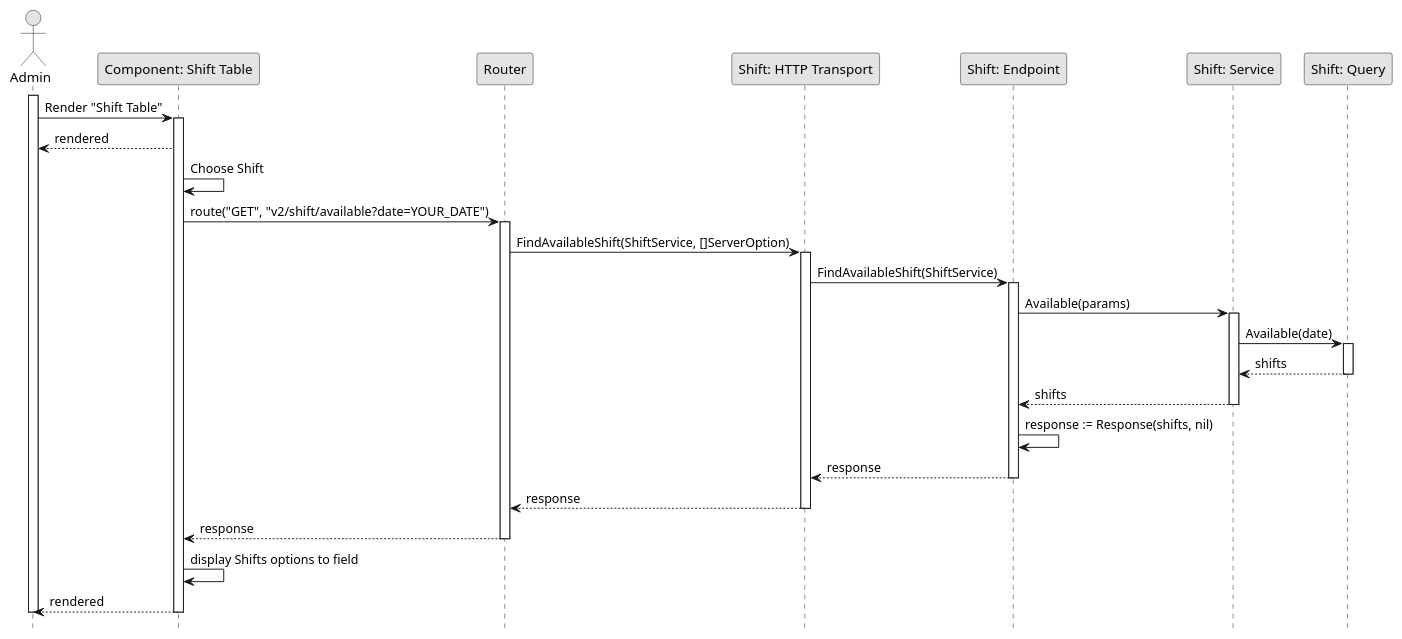
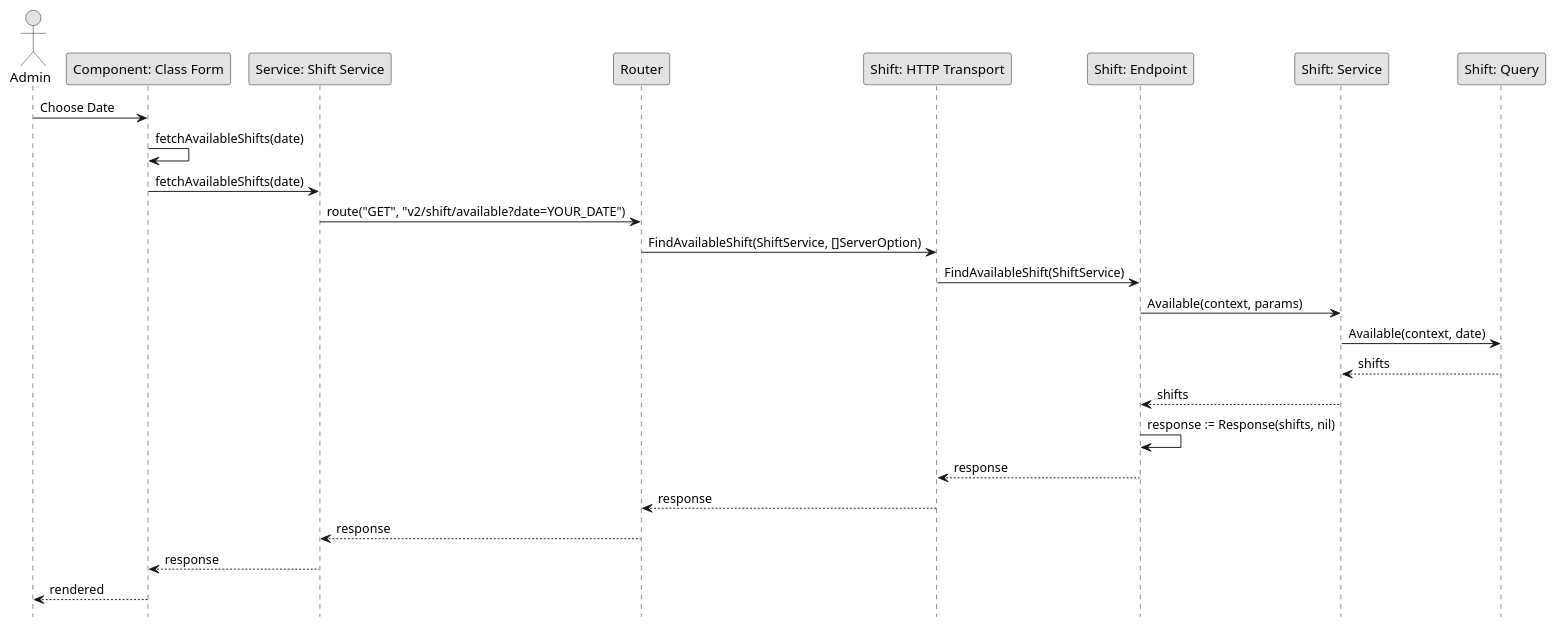
The diagram in Sequence/Release02/GetShiftAvailable.wsd (fwidjaya20/fazzlearning-uml), drawn with PlantUML before and after one commit. The commit also changed 29 other files, not shown here.

Commit message:
fix(sequence): fix invalid sequence

```diff
--- a/Sequence/Release02/GetShiftAvailable.wsd
+++ b/Sequence/Release02/GetShiftAvailable.wsd
@@ -1,50 +1,35 @@
 @startuml GetShiftAvailable
 
 skinparam Monochrome true
 skinparam Shadowing false
 hide footbox
 
 actor Admin
-participant "Component: Shift Table" as ShiftTable
+participant "Component: Class Form" as ClassForm
+participant "Service: Shift Service" as FEShiftService
 participant "Router" as Router
 participant "Shift: HTTP Transport" as ShiftHTTPTransport
 participant "Shift: Endpoint" as ShiftEndpoint
 participant "Shift: Service" as ShiftService
 participant "Shift: Query" as ShiftQuery
 
-activate Admin
+Admin->ClassForm: Choose Date 
+ClassForm->ClassForm: fetchAvailableShifts(date)
+ClassForm->FEShiftService: fetchAvailableShifts(date)
+FEShiftService->Router: route("GET", "v2/shift/available?date=YOUR_DATE")
+Router->ShiftHTTPTransport: FindAvailableShift(ShiftService, []ServerOption)
+ShiftHTTPTransport->ShiftEndpoint: FindAvailableShift(ShiftService)
+ShiftEndpoint->ShiftService: Available(context, params)
 
-Admin->ShiftTable: Render "Shift Table"
-activate ShiftTable
-ShiftTable-->Admin: rendered
-ShiftTable->ShiftTable: Choose Shift
-ShiftTable->Router: route("GET", "v2/shift/available?date=YOUR_DATE")
-activate Router
-Router->ShiftHTTPTransport: FindAvailableShift(ShiftService, []ServerOption)
-activate ShiftHTTPTransport
-ShiftHTTPTransport->ShiftEndpoint: FindAvailableShift(ShiftService)
-activate ShiftEndpoint
-ShiftEndpoint->ShiftService: Available(params)
-
-activate ShiftService
-ShiftService->ShiftQuery: Available(date)
-activate ShiftQuery
+ShiftService->ShiftQuery: Available(context, date)
 ShiftQuery-->ShiftService: shifts
-deactivate ShiftQuery
 ShiftService-->ShiftEndpoint: shifts
-deactivate ShiftService
 
 ShiftEndpoint->ShiftEndpoint: response := Response(shifts, nil)
 ShiftEndpoint-->ShiftHTTPTransport: response
-deactivate ShiftEndpoint
 ShiftHTTPTransport-->Router: response
-deactivate ShiftHTTPTransport
-Router-->ShiftTable: response
-deactivate Router
-ShiftTable->ShiftTable: display Shifts options to field
-ShiftTable-->Admin: rendered
-deactivate ShiftTable
-
-deactivate Admin
+Router-->FEShiftService: response
+FEShiftService-->ClassForm: response
+ClassForm-->Admin: rendered
 
 @enduml
```
